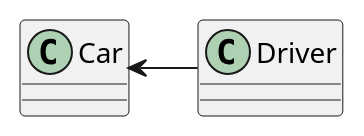
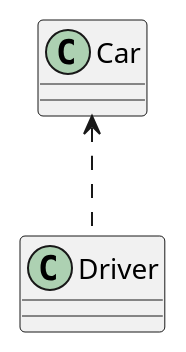
One commit to y-sakane/uml_study changed the seventh of 9 diagrams in PITCHME.md. Above: the diagram before and after it, drawn with PlantUML. The commit also changed other lines of this file, not shown here.

````diff
--- a/PITCHME.md
+++ b/PITCHME.md
@@ -173,8 +174,8 @@
 ```uml
 @startuml
 class Car
 class Driver
 
-Car <- Driver
+Car <.. Driver
 @enduml
 ```
````
